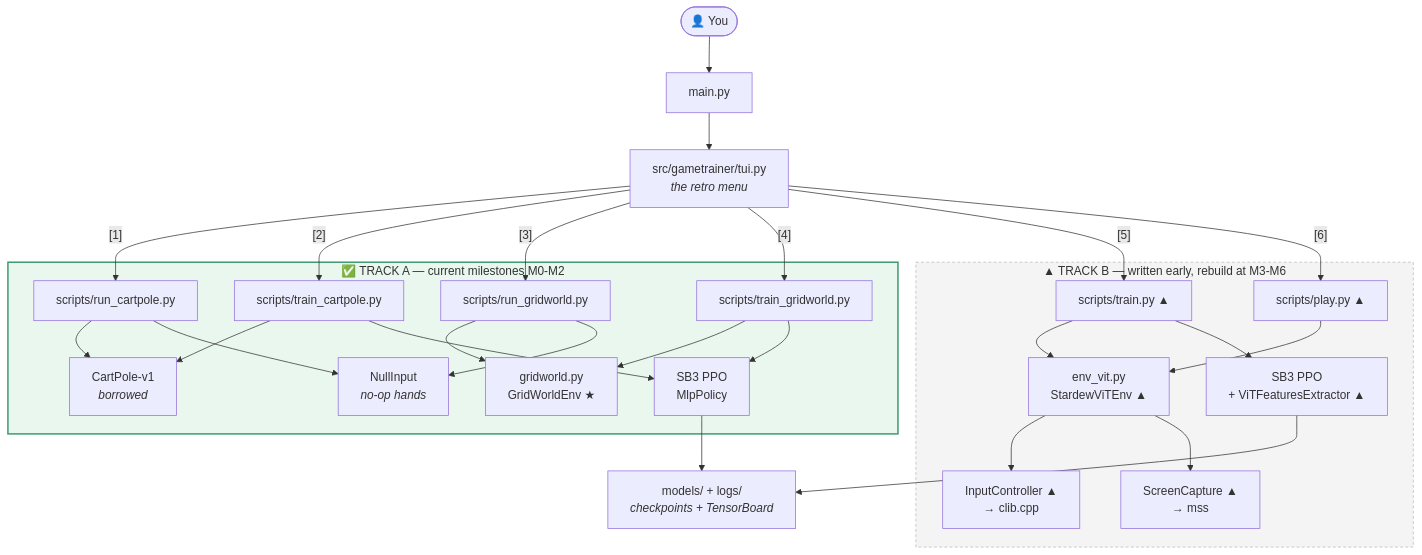
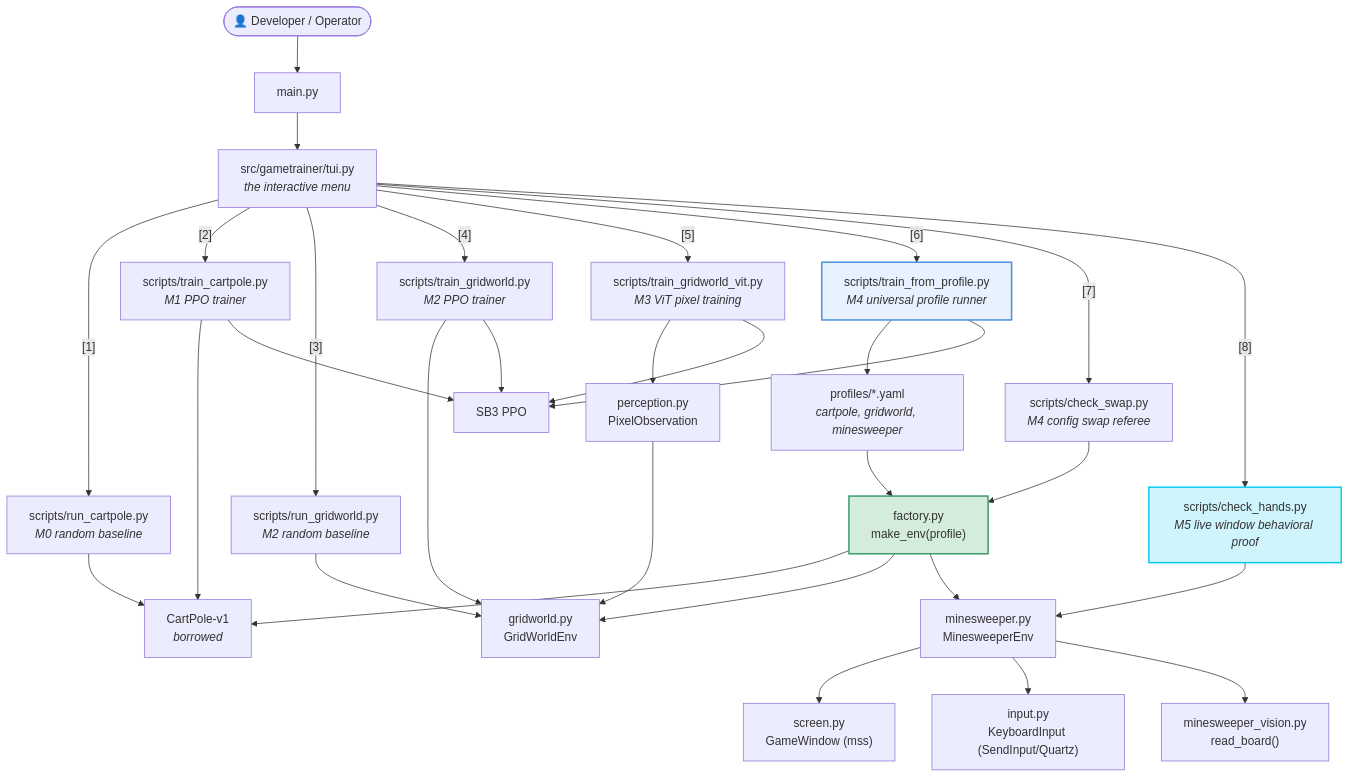
Before and after one commit to Showerss/GameTrainer: the fourth of 6 diagrams in docs/UML_FULL.md, drawn with Mermaid. The commit also changed other lines of this file and 6 other files, not shown here.

````diff
--- a/docs/UML_FULL.md
+++ b/docs/UML_FULL.md
@@ -294,55 +320,42 @@
 ```mermaid
 flowchart TB
-    USER(["👤 You"])
+    USER(["👤 Developer / Operator"])
     USER --> MAIN["main.py"]
-    MAIN --> TUI["src/gametrainer/tui.py<br/><i>the retro menu</i>"]
+    MAIN --> TUI["src/gametrainer/tui.py<br/><i>the interactive menu</i>"]
 
-    TUI -->|"[1]"| S1["scripts/run_cartpole.py"]
-    TUI -->|"[2]"| S2["scripts/train_cartpole.py"]
-    TUI -->|"[3]"| S3["scripts/run_gridworld.py"]
-    TUI -->|"[4]"| S4["scripts/train_gridworld.py"]
-    TUI -->|"[5]"| S5["scripts/train.py ▲"]
-    TUI -->|"[6]"| S6["scripts/play.py ▲"]
+    TUI -->|"[1]"| S1["scripts/run_cartpole.py<br/><i>M0 random baseline</i>"]
+    TUI -->|"[2]"| S2["scripts/train_cartpole.py<br/><i>M1 PPO trainer</i>"]
+    TUI -->|"[3]"| S3["scripts/run_gridworld.py<br/><i>M2 random baseline</i>"]
+    TUI -->|"[4]"| S4["scripts/train_gridworld.py<br/><i>M2 PPO trainer</i>"]
+    TUI -->|"[5]"| S5["scripts/train_gridworld_vit.py<br/><i>M3 ViT pixel training</i>"]
+    TUI -->|"[6]"| S6["scripts/train_from_profile.py<br/><i>M4 universal profile runner</i>"]
+    TUI -->|"[7]"| S7["scripts/check_swap.py<br/><i>M4 config swap referee</i>"]
+    TUI -->|"[8]"| S8["scripts/check_hands.py<br/><i>M5 live window behavioral proof</i>"]
 
     S1 --> CP["CartPole-v1<br/><i>borrowed</i>"]
     S2 --> CP
-    S3 --> GW["gridworld.py<br/>GridWorldEnv ★"]
+    S3 --> GW["gridworld.py<br/>GridWorldEnv"]
     S4 --> GW
-    S5 --> SV["env_vit.py<br/>StardewViTEnv ▲"]
-    S6 --> SV
+    S5 --> GWP["perception.py<br/>PixelObservation"] --> GW
+    
+    S6 --> PROF["profiles/*.yaml<br/><i>cartpole, gridworld, minesweeper</i>"]
+    PROF --> FACT["factory.py<br/>make_env(profile)"]
+    FACT --> CP
+    FACT --> GW
+    FACT --> MS["minesweeper.py<br/>MinesweeperEnv"]
 
-    S2 --> PPO1["SB3 PPO<br/>MlpPolicy"]
-    S4 --> PPO1
-    S5 --> PPO2["SB3 PPO<br/>+ ViTFeaturesExtractor ▲"]
+    S7 --> FACT
+    S8 --> MS
+    MS --> GWIN["screen.py<br/>GameWindow (mss)"]
+    MS --> KBD["input.py<br/>KeyboardInput (SendInput/Quartz)"]
+    MS --> VIS["minesweeper_vision.py<br/>read_board()"]
 
-    S1 --> NI["NullInput<br/><i>no-op hands</i>"]
-    S3 --> NI
-    SV --> IC["InputController ▲<br/>→ clib.cpp"]
-    SV --> SC["ScreenCapture ▲<br/>→ mss"]
+    S2 --> PPO["SB3 PPO"]
+    S4 --> PPO
+    S5 --> PPO
+    S6 --> PPO
 
-    PPO1 --> OUT1["models/ + logs/<br/><i>checkpoints + TensorBoard</i>"]
-    PPO2 --> OUT1
-
-    subgraph TRACKA["✅ TRACK A — current milestones M0-M2"]
-        S1
-        S2
-        S3
-        S4
-        CP
-        GW
-        PPO1
-        NI
-    end
-
-    subgraph TRACKB["▲ TRACK B — written early, rebuild at M3-M6"]
-        S5
-        S6
-        SV
-        PPO2
-        IC
-        SC
-    end
-
-    style TRACKA fill:#e9f7ef,stroke:#3d9970,stroke-width:2px
-    style TRACKB fill:#f4f4f4,stroke:#bbbbbb,stroke-dasharray:4 3
+    style S6 fill:#e7f1ff,stroke:#4a90d9,stroke-width:2px
+    style S8 fill:#cff4fc,stroke:#0dcaf0,stroke-width:2px
+    style FACT fill:#d4edda,stroke:#3d9970,stroke-width:2px
 ```
````
